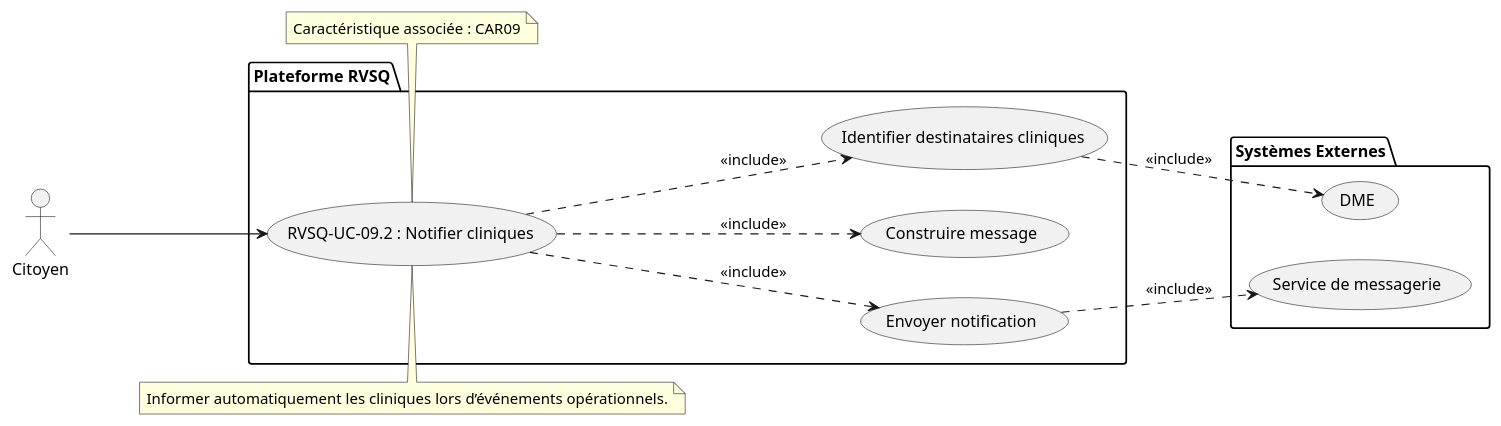
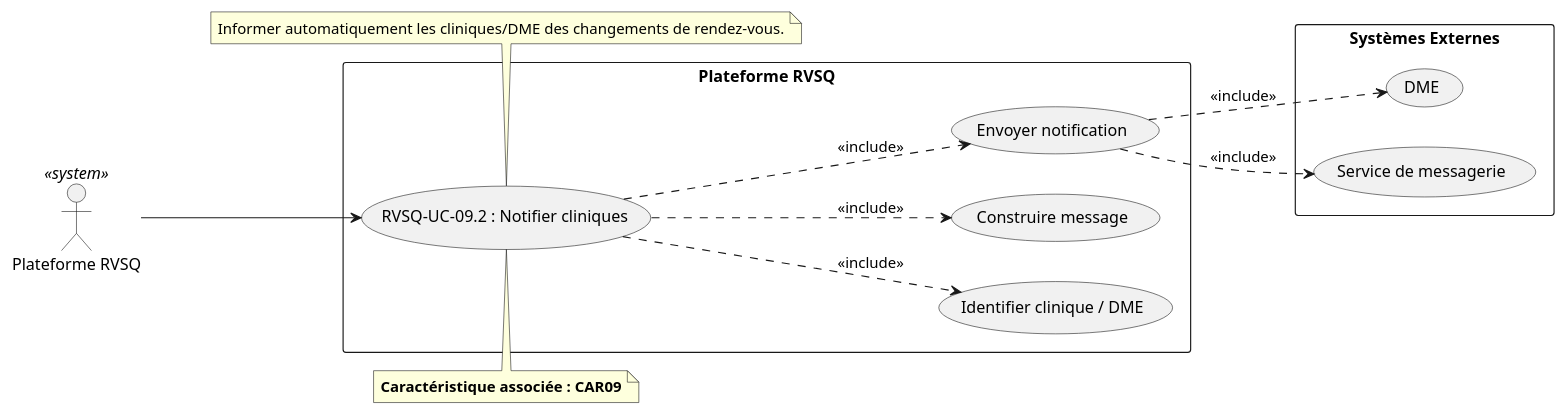
One commit to serghino/use-cases-RVSQ changed the diagram in RVSQ-UC-09_2_Notifier_Cliniques.puml. Above: the diagram before and after it, drawn with PlantUML. The commit also changed 25 other files, not shown here.

```diff
--- a/RVSQ-UC-09_2_Notifier_Cliniques.puml
+++ b/RVSQ-UC-09_2_Notifier_Cliniques.puml
@@ -1,32 +1,33 @@
 @startuml RVSQ-UC-09_2_Notifier_Cliniques
 left to right direction
-actor "Citoyen" as a1
 
-package "Plateforme RVSQ" {
+actor "Plateforme RVSQ" as RVSQActor <<system>>
+
+rectangle "Plateforme RVSQ" {
   usecase "RVSQ-UC-09.2 : Notifier cliniques" as UC092
-  usecase "Identifier destinataires cliniques" as UC092_1
-  usecase "Construire message" as UC092_2
-  usecase "Envoyer notification" as UC092_3
+  usecase "Identifier clinique / DME" as UC092_A
+  usecase "Construire message" as UC092_B
+  usecase "Envoyer notification" as UC092_C
 }
 
-package "Systèmes Externes" {
+rectangle "Systèmes Externes" {
   usecase "DME" as DME
   usecase "Service de messagerie" as MSG
 }
 
-a1 --> UC092
+RVSQActor --> UC092
+UC092 ..> UC092_A : <<include>>
+UC092 ..> UC092_B : <<include>>
+UC092 ..> UC092_C : <<include>>
 
-UC092 ..> UC092_1 : <<include>>
-UC092 ..> UC092_2 : <<include>>
-UC092 ..> UC092_3 : <<include>>
-UC092_1 ..> DME : <<include>>
-UC092_3 ..> MSG : <<include>>
+UC092_C ..> DME : <<include>>
+UC092_C ..> MSG : <<include>>
 
 note top of UC092
-Informer automatiquement les cliniques lors d’événements opérationnels.
+  **Caractéristique associée : CAR09**
 end note
 
 note bottom of UC092
-Caractéristique associée : CAR09
+  Informer automatiquement les cliniques/DME des changements de rendez-vous.
 end note
 @enduml
```
